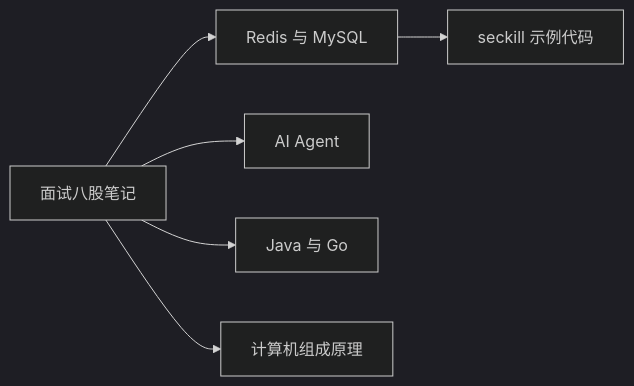
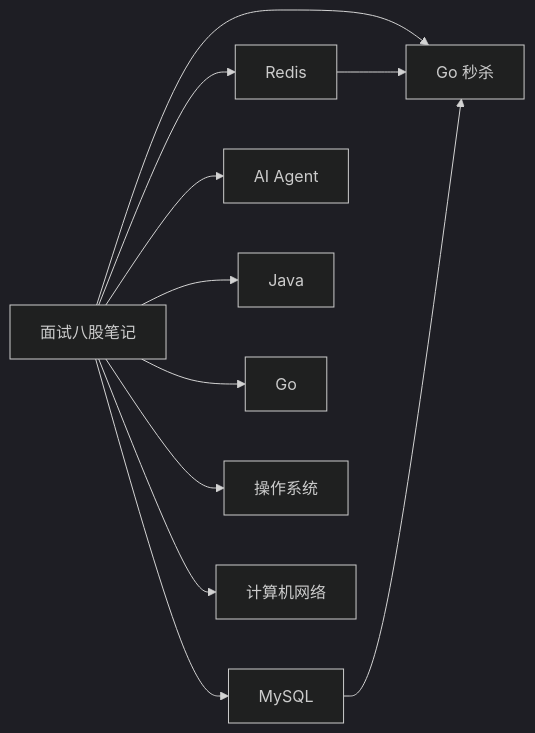
The diagram in docs/index.md (LosAveRoad/interview-prep), drawn with Mermaid (dark theme) before and after one commit. The commit also changed other lines of this file and 25 other files, not shown here.

````diff
--- a/docs/index.md
+++ b/docs/index.md
@@ -45,9 +77,14 @@
 ```mermaid
 flowchart LR
   home[面试八股笔记]
-  home --> redis[Redis 与 MySQL]
+  home --> redis[Redis]
+  home --> mysql[MySQL]
+  home --> seckill[Go 秒杀]
   home --> agent[AI Agent]
-  home --> javago[Java 与 Go]
-  home --> co[计算机组成原理]
-  redis --> seckill[seckill 示例代码]
+  home --> java[Java]
+  home --> golang[Go]
+  home --> os[操作系统]
+  home --> net[计算机网络]
+  redis --> seckill
+  mysql --> seckill
 ```
````
